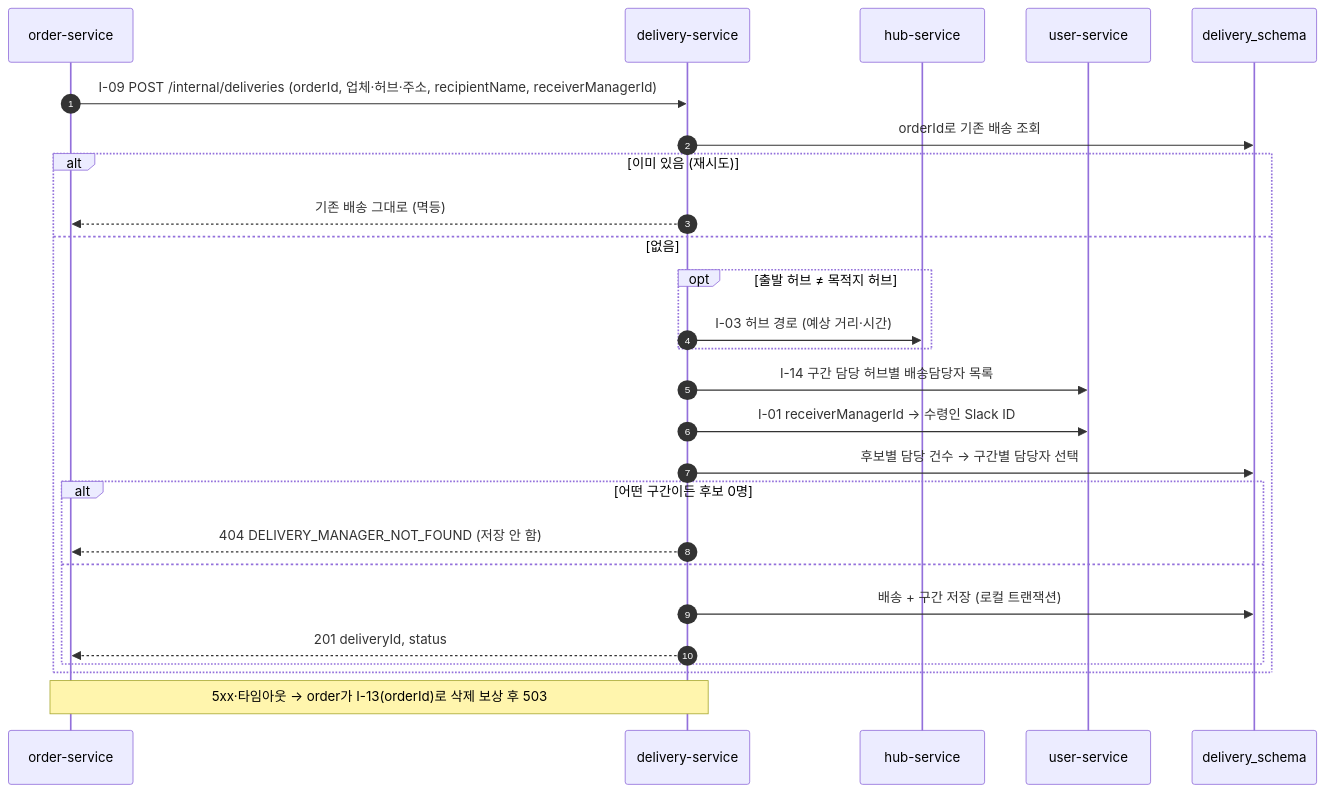
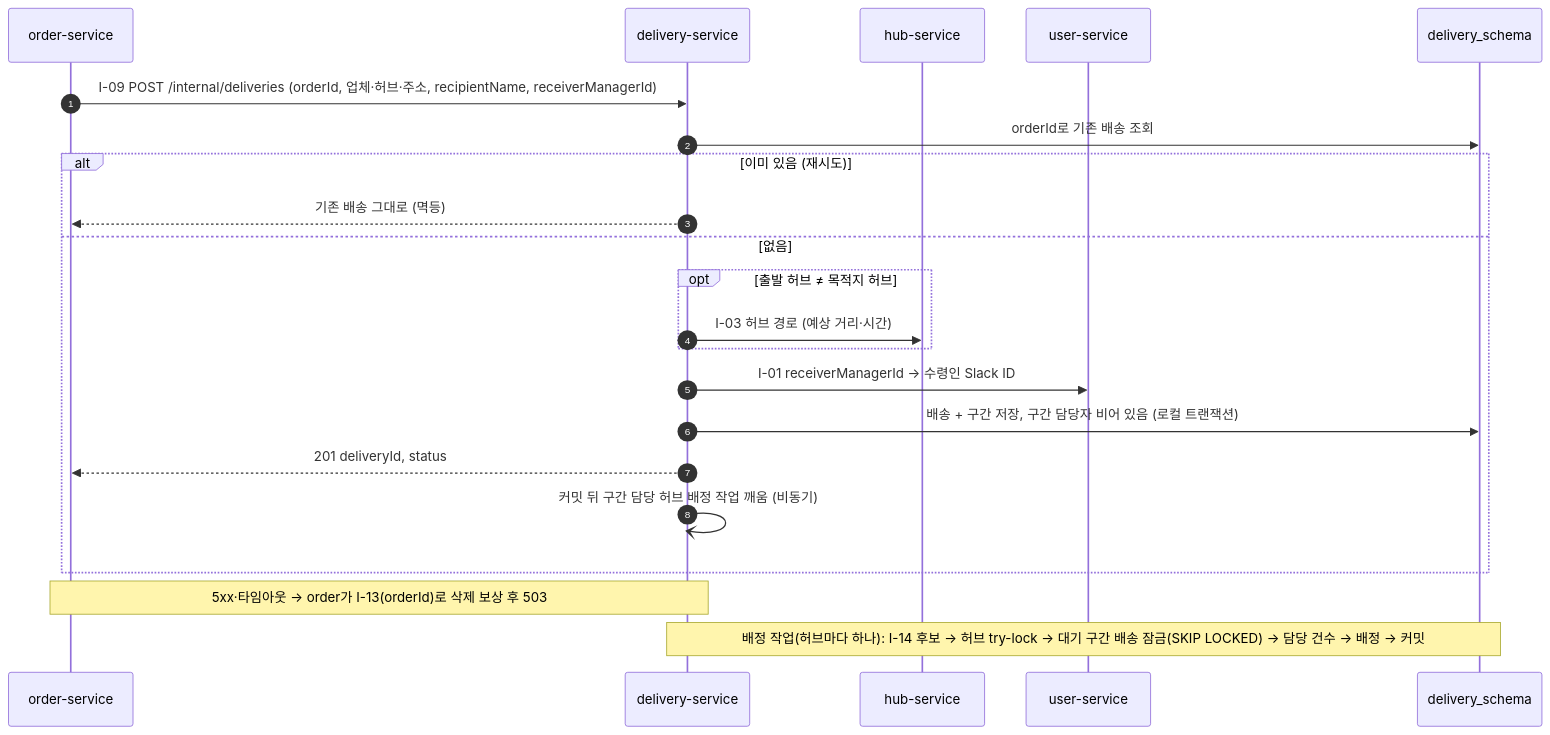
The third of 6 diagrams in delivery-service/docs/domain/delivery.md (logistics-group3/logistics-management), drawn with Mermaid before and after one commit. The commit also changed other lines of this file and 42 other files, not shown here.

First line of the commit message:
feat(delivery): 구간 담당자 배정을 배송 생성에서 분리해 허브별 비동기 배치 배정 (T08)

````diff
--- a/delivery-service/docs/domain/delivery.md
+++ b/delivery-service/docs/domain/delivery.md
@@ -249,29 +252,25 @@
 ```mermaid
 sequenceDiagram
     autonumber
     participant O as order-service
     participant D as delivery-service
     participant H as hub-service
     participant U as user-service
     participant DB as delivery_schema
 
     O->>D: I-09 POST /internal/deliveries (orderId, 업체·허브·주소, recipientName, receiverManagerId)
     D->>DB: orderId로 기존 배송 조회
     alt 이미 있음 (재시도)
         D-->>O: 기존 배송 그대로 (멱등)
     else 없음
         opt 출발 허브 ≠ 목적지 허브
             D->>H: I-03 허브 경로 (예상 거리·시간)
         end
-        D->>U: I-14 구간 담당 허브별 배송담당자 목록
         D->>U: I-01 receiverManagerId → 수령인 Slack ID
-        D->>DB: 후보별 담당 건수 → 구간별 담당자 선택
-        alt 어떤 구간이든 후보 0명
-            D-->>O: 404 DELIVERY_MANAGER_NOT_FOUND (저장 안 함)
-        else
-            D->>DB: 배송 + 구간 저장 (로컬 트랜잭션)
-            D-->>O: 201 deliveryId, status
-        end
+        D->>DB: 배송 + 구간 저장, 구간 담당자 비어 있음 (로컬 트랜잭션)
+        D-->>O: 201 deliveryId, status
+        D-)D: 커밋 뒤 구간 담당 허브 배정 작업 깨움 (비동기)
     end
     Note over O,D: 5xx·타임아웃 → order가 I-13(orderId)로 삭제 보상 후 503
+    Note over D,DB: 배정 작업(허브마다 하나): I-14 후보 → 허브 try-lock → 대기 구간 배송 잠금(SKIP LOCKED) → 담당 건수 → 배정 → 커밋
 ```
````
